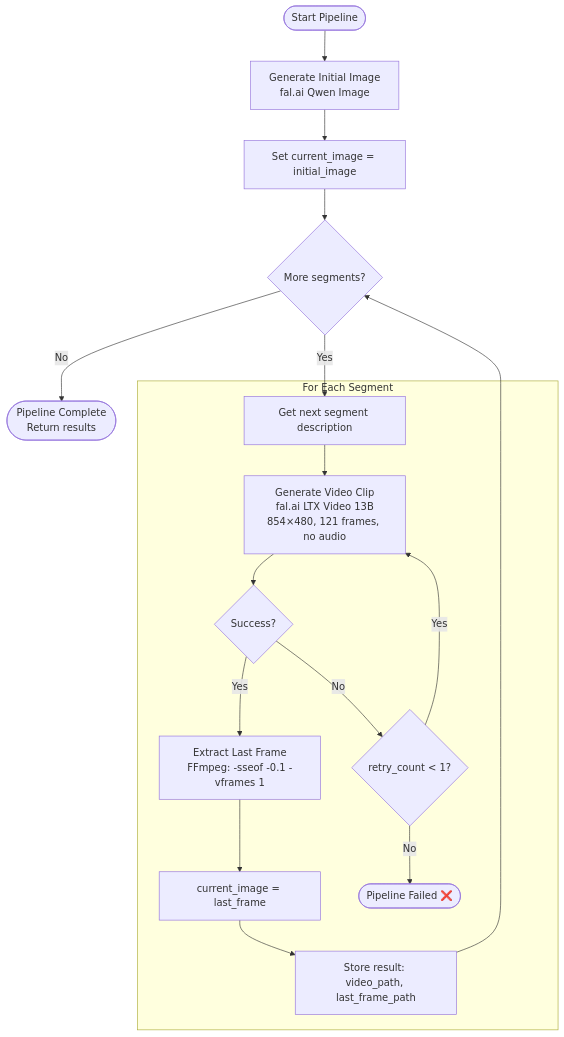
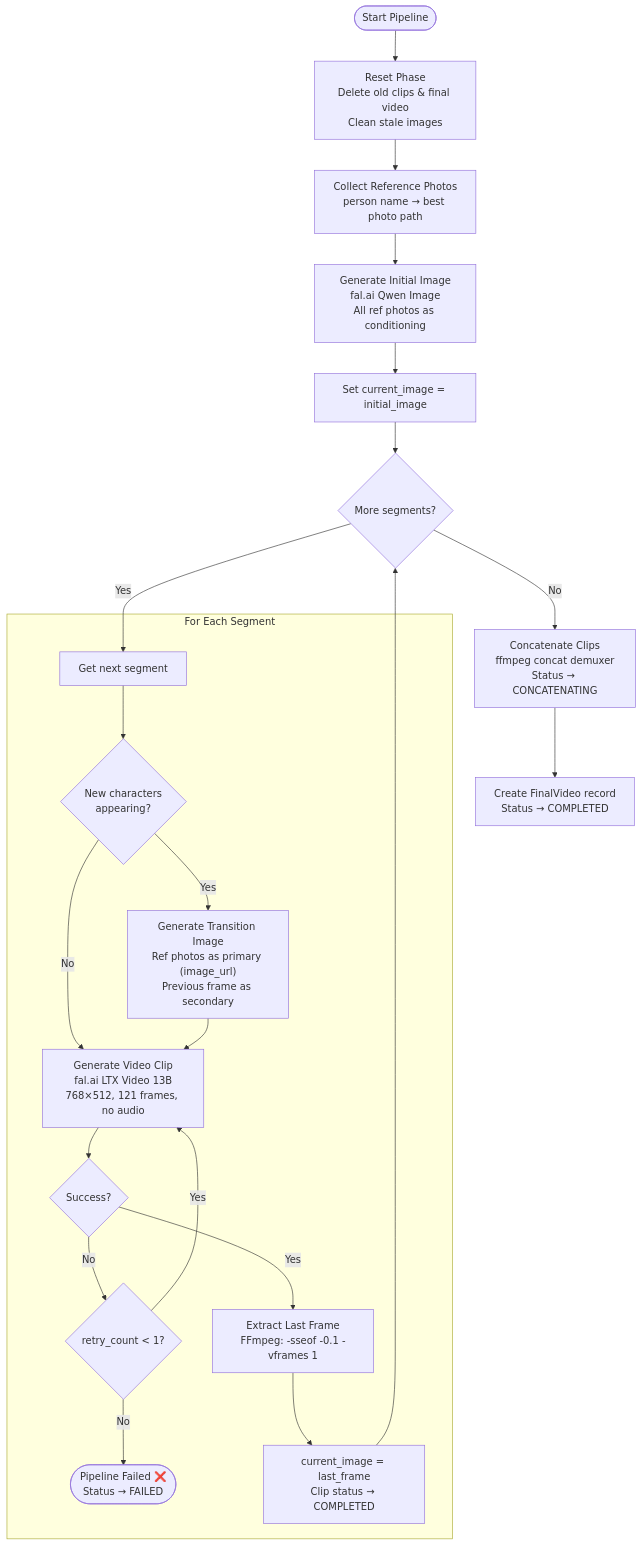
One commit to AffDk/avatarium changed the eighth of 9 diagrams in specs/004-code-walkthrough-docs/walkthrough.md. Above: the diagram before and after it, drawn with Mermaid. The commit also changed other lines of this file and 8 other files, not shown here.

````diff
--- a/specs/004-code-walkthrough-docs/walkthrough.md
+++ b/specs/004-code-walkthrough-docs/walkthrough.md
@@ -1000,23 +1042,29 @@
 ```mermaid
 flowchart TD
-    A(["Start Pipeline"]) --> B["Generate Initial Image<br/>fal.ai Qwen Image"]
+    A(["Start Pipeline"]) --> RESET["Reset Phase<br/>Delete old clips & final video<br/>Clean stale images"]
+    RESET --> REF["Collect Reference Photos<br/>person name → best photo path"]
+    REF --> B["Generate Initial Image<br/>fal.ai Qwen Image<br/>All ref photos as conditioning"]
     B --> C["Set current_image = initial_image"]
     C --> D{"More segments?"}
 
-    D -- No --> Z(["Pipeline Complete<br/>Return results"])
+    D -- No --> CONCAT["Concatenate Clips<br/>ffmpeg concat demuxer<br/>Status → CONCATENATING"]
 
-    D -- Yes --> E["Get next segment description"]
+    D -- Yes --> E["Get next segment"]
 
     subgraph seg ["For Each Segment"]
-        E --> F["Generate Video Clip<br/>fal.ai LTX Video 13B<br/>854×480, 121 frames, no audio"]
+        E --> TRANS{"New characters<br/>appearing?"}
+        TRANS -- Yes --> TI["Generate Transition Image<br/>Ref photos as primary (image_url)<br/>Previous frame as secondary"]
+        TRANS -- No --> F
+        TI --> F["Generate Video Clip<br/>fal.ai LTX Video 13B<br/>768×512, 121 frames, no audio"]
         F --> G{"Success?"}
         G -- Yes --> H["Extract Last Frame<br/>FFmpeg: -sseof -0.1 -vframes 1"]
         G -- No --> I{"retry_count < 1?"}
         I -- Yes --> F
-        I -- No --> X(["Pipeline Failed ❌"])
-        H --> J["current_image = last_frame"]
-        J --> K["Store result: video_path, last_frame_path"]
+        I -- No --> X(["Pipeline Failed ❌<br/>Status → FAILED"])
+        H --> J["current_image = last_frame<br/>Clip status → COMPLETED"]
     end
 
-    K --> D
+    J --> D
+
+    CONCAT --> FINAL["Create FinalVideo record<br/>Status → COMPLETED"]
 ```
````
